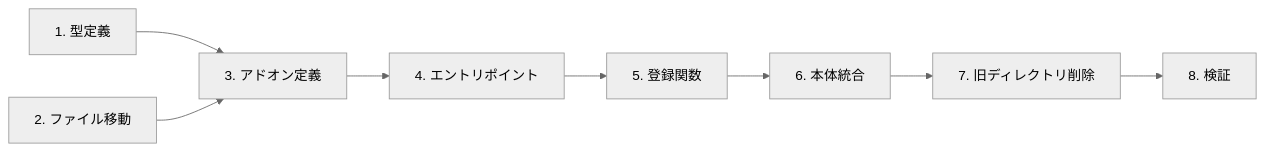
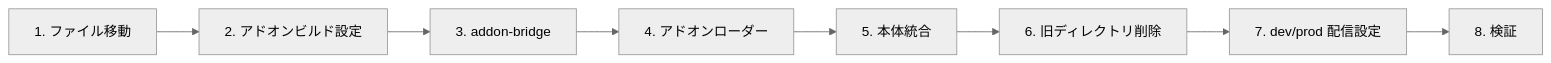
One commit to ToshikiImagawa/ai-sdd-workflow-demo changed the diagram in .sdd/task/DEM-002/tasks.md. Above: the diagram before and after it, drawn with Mermaid (neutral theme). The commit also changed other lines of this file and 17 other files, not shown here.

````diff
--- a/.sdd/task/DEM-002/tasks.md
+++ b/.sdd/task/DEM-002/tasks.md
@@ -11,10 +11,10 @@
 ```mermaid
 graph LR
-    T1[1. 型定義] --> T3[3. アドオン定義]
-    T2[2. ファイル移動] --> T3
-    T3 --> T4[4. エントリポイント]
-    T4 --> T5[5. 登録関数]
-    T5 --> T6[6. 本体統合]
-    T6 --> T7[7. 旧ディレクトリ削除]
+    T1[1. ファイル移動] --> T2[2. アドオンビルド設定]
+    T2 --> T3[3. addon-bridge]
+    T3 --> T4[4. アドオンローダー]
+    T4 --> T5[5. 本体統合]
+    T5 --> T6[6. 旧ディレクトリ削除]
+    T6 --> T7[7. dev/prod 配信設定]
     T7 --> T8[8. 検証]
 ```
````
